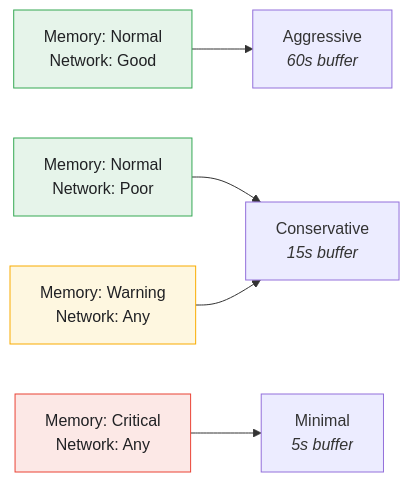
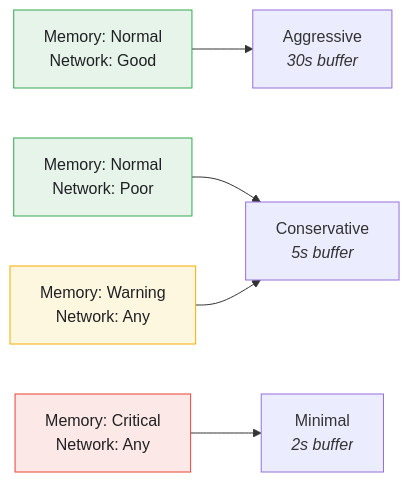
Before and after one commit to tattva20/StreamingVideoApp: the second of 2 diagrams in docs/features/BUFFER-MANAGEMENT.md, drawn with Mermaid. The commit also changed other lines of this file and 43 other files, not shown here.

````diff
--- a/docs/features/BUFFER-MANAGEMENT.md
+++ b/docs/features/BUFFER-MANAGEMENT.md
@@ -314,13 +337,13 @@
 ```mermaid
 flowchart LR
-    A["Memory: Normal<br/>Network: Good"] --> AG["Aggressive<br/><i>60s buffer</i>"]
-    B["Memory: Normal<br/>Network: Poor"] --> CO["Conservative<br/><i>15s buffer</i>"]
+    A["Memory: Normal<br/>Network: Good"] --> AG["Aggressive<br/><i>30s buffer</i>"]
+    B["Memory: Normal<br/>Network: Poor"] --> CO["Conservative<br/><i>5s buffer</i>"]
     C["Memory: Warning<br/>Network: Any"] --> CO
-    D["Memory: Critical<br/>Network: Any"] --> MI["Minimal<br/><i>5s buffer</i>"]
+    D["Memory: Critical<br/>Network: Any"] --> MI["Minimal<br/><i>2s buffer</i>"]
     classDef core fill:#e6f4ea,stroke:#34a853,color:#202124;
     classDef neutral fill:#fef7e0,stroke:#f9ab00,color:#202124;
     classDef impure fill:#fce8e6,stroke:#ea4335,color:#202124;
     class A,B core;
     class C neutral;
     class D impure;
 ```
````
